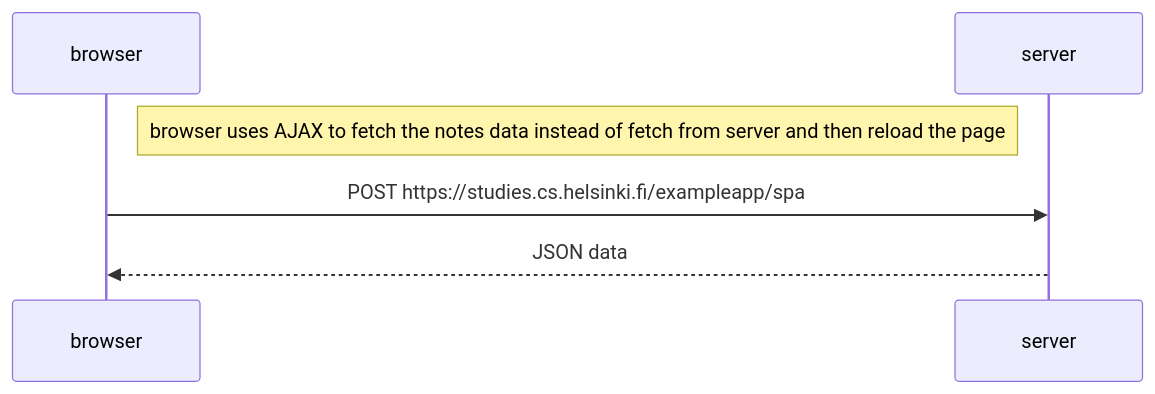
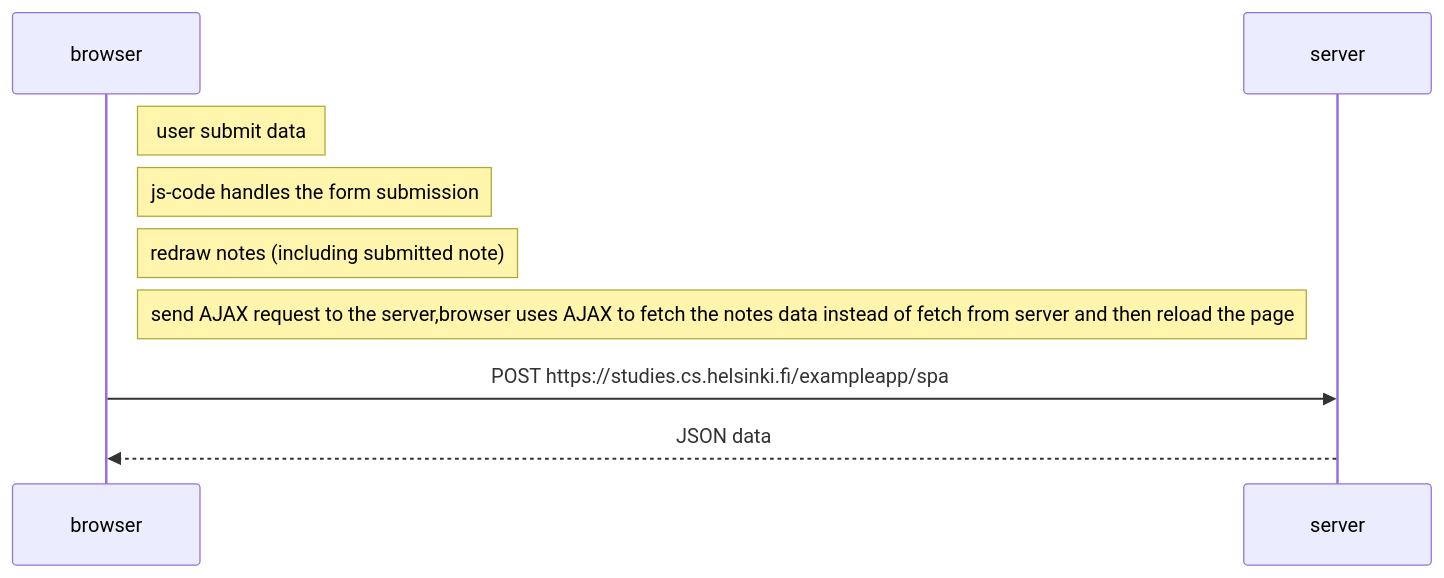
Before and after one commit to jy-wang-coder/Full-stack-course: the diagram in part 0/0.6SPA_newnote.md, drawn with Mermaid.

````diff
--- a/part 0/0.6SPA_newnote.md
+++ b/part 0/0.6SPA_newnote.md
@@ -1,10 +1,13 @@
 ``` mermaid
 sequenceDiagram
     participant browser
     participant server
-Note right of browser: browser uses AJAX to fetch the notes data instead of fetch from server and then reload the page
+Note right of browser: user submit data
+Note right of browser: js-code handles the form submission
+Note right of browser: redraw notes (including submitted note)
+Note right of browser: send AJAX request to the server,browser uses AJAX to fetch the notes data instead of fetch from server and then reload the page
 browser->>server: POST https://studies.cs.helsinki.fi/exampleapp/spa
 server-->>browser: JSON data
 
     
 ```
````
